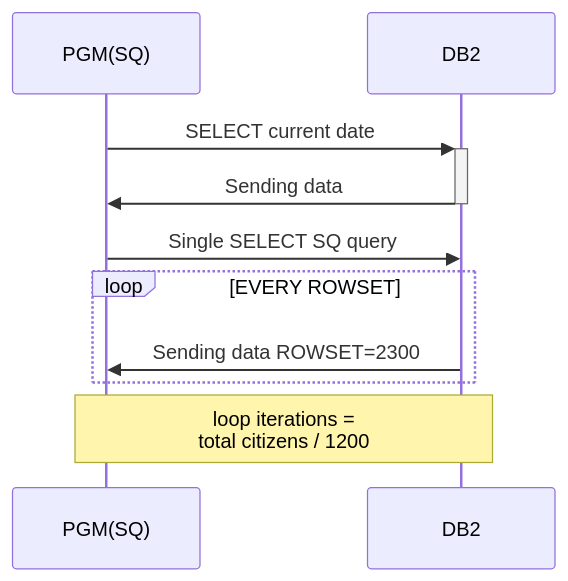
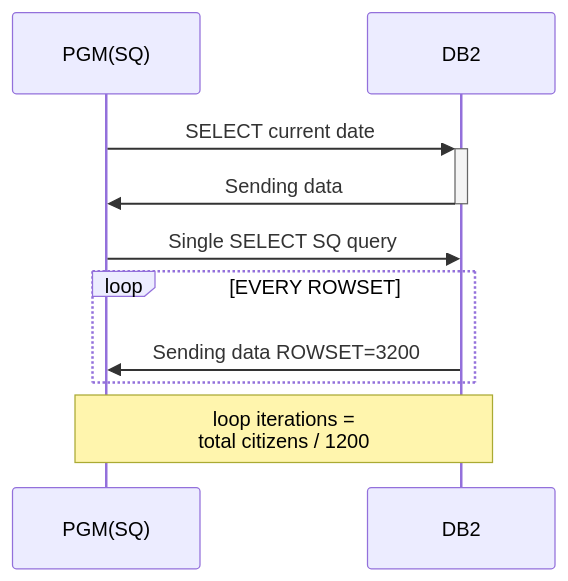
Before and after one commit to pak-center/ncitizen: the first of 2 diagrams in README.md, drawn with Mermaid. The commit also changed other lines of this file and 1 other file, not shown here.

Commit message:
more compresion for better rowset usage

````diff
--- a/README.md
+++ b/README.md
@@ -59,10 +60,10 @@
 ```mermaid
 sequenceDiagram
     PGM(SQ)->>+DB2: SELECT current date
     DB2->>-PGM(SQ): Sending data
     PGM(SQ)->>DB2: Single SELECT SQ query
     loop EVERY ROWSET
-        DB2->>PGM(SQ): Sending data ROWSET=2300
+        DB2->>PGM(SQ): Sending data ROWSET=3200
     end
     Note over PGM(SQ),DB2:loop iterations = <br/> total citizens / 1200
 ```
````
